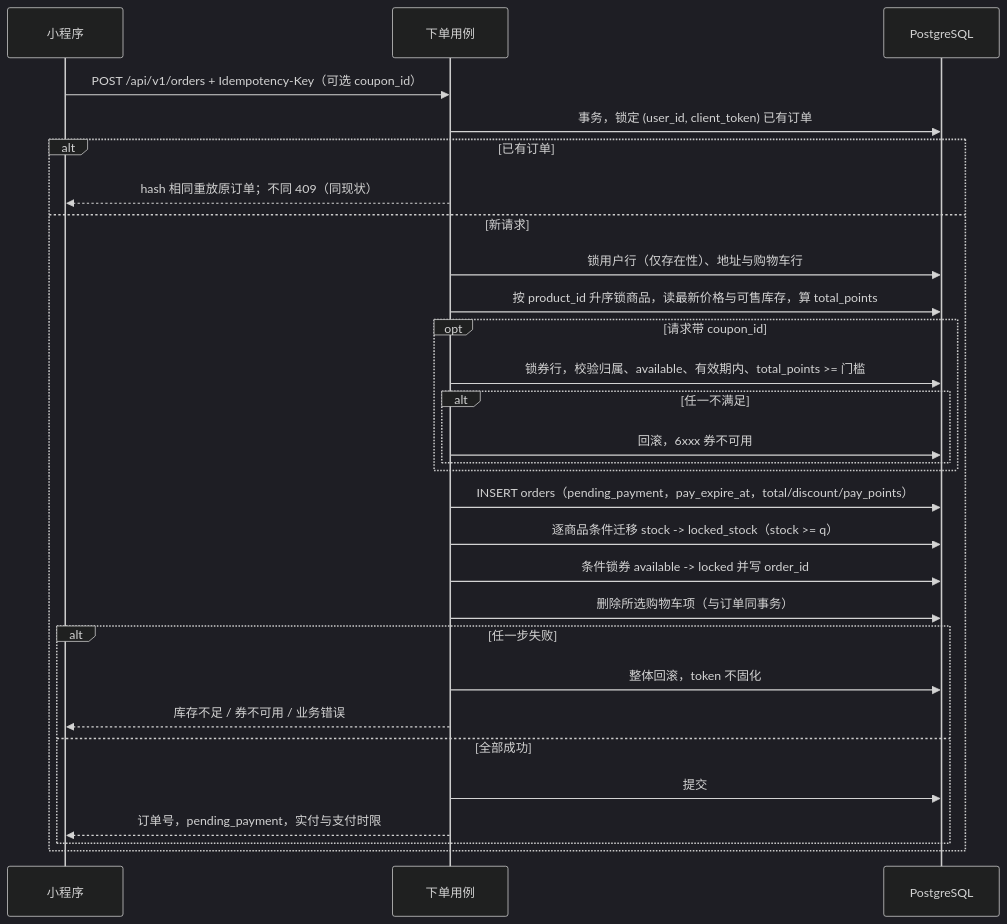
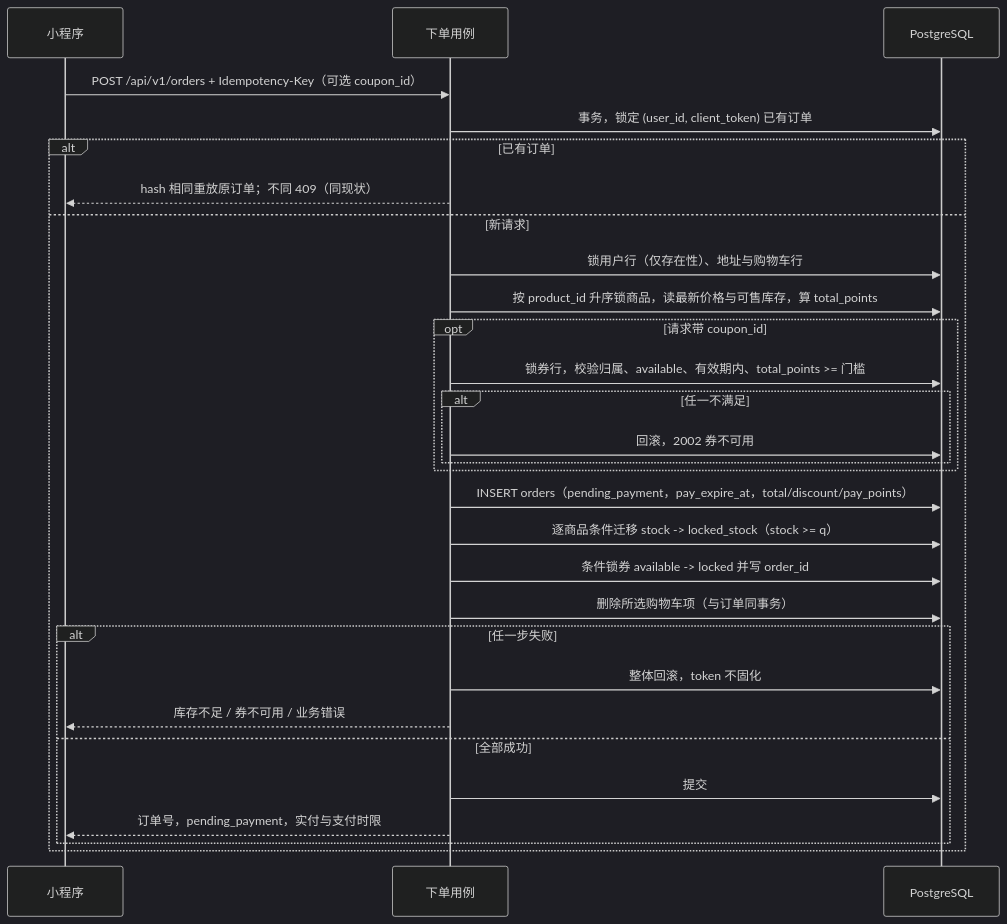
The fifth of 7 diagrams in docs/architecture/07-coupon-pay-lifecycle.md (RBowind/shop-mall), drawn with Mermaid (dark theme) before and after one commit. The commit also changed other lines of this file and 46 other files, not shown here.

````diff
--- a/docs/architecture/07-coupon-pay-lifecycle.md
+++ b/docs/architecture/07-coupon-pay-lifecycle.md
@@ -248,32 +248,32 @@
 ```mermaid
 sequenceDiagram
     participant M as 小程序
     participant U as 下单用例
     participant DB as PostgreSQL
 
     M->>U: POST /api/v1/orders + Idempotency-Key（可选 coupon_id）
     U->>DB: 事务，锁定 (user_id, client_token) 已有订单
     alt 已有订单
         U-->>M: hash 相同重放原订单；不同 409（同现状）
     else 新请求
         U->>DB: 锁用户行（仅存在性）、地址与购物车行
         U->>DB: 按 product_id 升序锁商品，读最新价格与可售库存，算 total_points
         opt 请求带 coupon_id
             U->>DB: 锁券行，校验归属、available、有效期内、total_points >= 门槛
             alt 任一不满足
-                U->>DB: 回滚，6xxx 券不可用
+                U->>DB: 回滚，2002 券不可用
             end
         end
         U->>DB: INSERT orders（pending_payment，pay_expire_at，total/discount/pay_points）
         U->>DB: 逐商品条件迁移 stock -> locked_stock（stock >= q）
         U->>DB: 条件锁券 available -> locked 并写 order_id
         U->>DB: 删除所选购物车项（与订单同事务）
         alt 任一步失败
             U->>DB: 整体回滚，token 不固化
             U-->>M: 库存不足 / 券不可用 / 业务错误
         else 全部成功
             U->>DB: 提交
             U-->>M: 订单号，pending_payment，实付与支付时限
         end
     end
 ```
````
